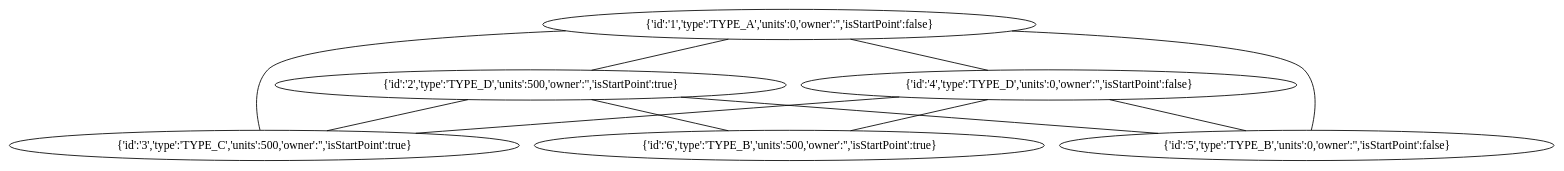
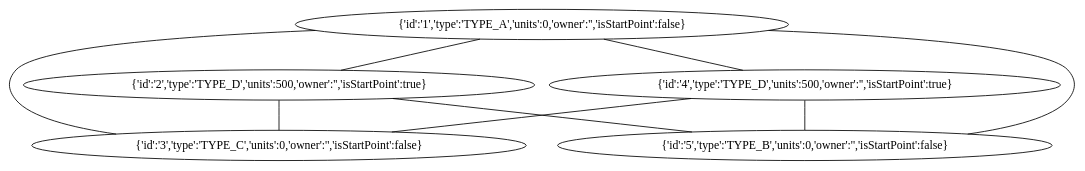
The diagram in map-service/maps/test1.gv (burningrain/planetBot), drawn with Graphviz before and after one commit. The commit also changed 3 other files, not shown here.

```diff
--- a/map-service/maps/test1.gv
+++ b/map-service/maps/test1.gv
@@ -1,18 +1,15 @@
 graph "{'galaxyType':'SMALL_BASES'}" {
     1[label="{'id':'1','type':'TYPE_A','units':0,'owner':'','isStartPoint':false}"];
     2[label="{'id':'2','type':'TYPE_D','units':500,'owner':'','isStartPoint':true}"];
-    3[label="{'id':'3','type':'TYPE_C','units':500,'owner':'','isStartPoint':true}"];
-    4[label="{'id':'4','type':'TYPE_D','units':0,'owner':'','isStartPoint':false}"];
-    5[label="{'id':'5','type':'TYPE_B','units':0,'owner':'','isStartPoint':false}"];
-    6[label="{'id':'6','type':'TYPE_B','units':500,'owner':'','isStartPoint':true}"];
+    3[label="{'id':'3','type':'TYPE_C','units':0,'owner':'','isStartPoint':false}"];
+    4[label="{'id':'4','type':'TYPE_D','units':500,'owner':'','isStartPoint':true}"];
+    5[label="{'id':'5','type':'TYPE_B','units':0,'owner':'','isStartPoint':false}"];    
     1 -- 2;
     1 -- 3;
     1 -- 4;
     1 -- 5;
     2 -- 3;
     2 -- 5;
     4 -- 3;
     4 -- 5;
-    2 -- 6;
-    4 -- 6;
 }
```
